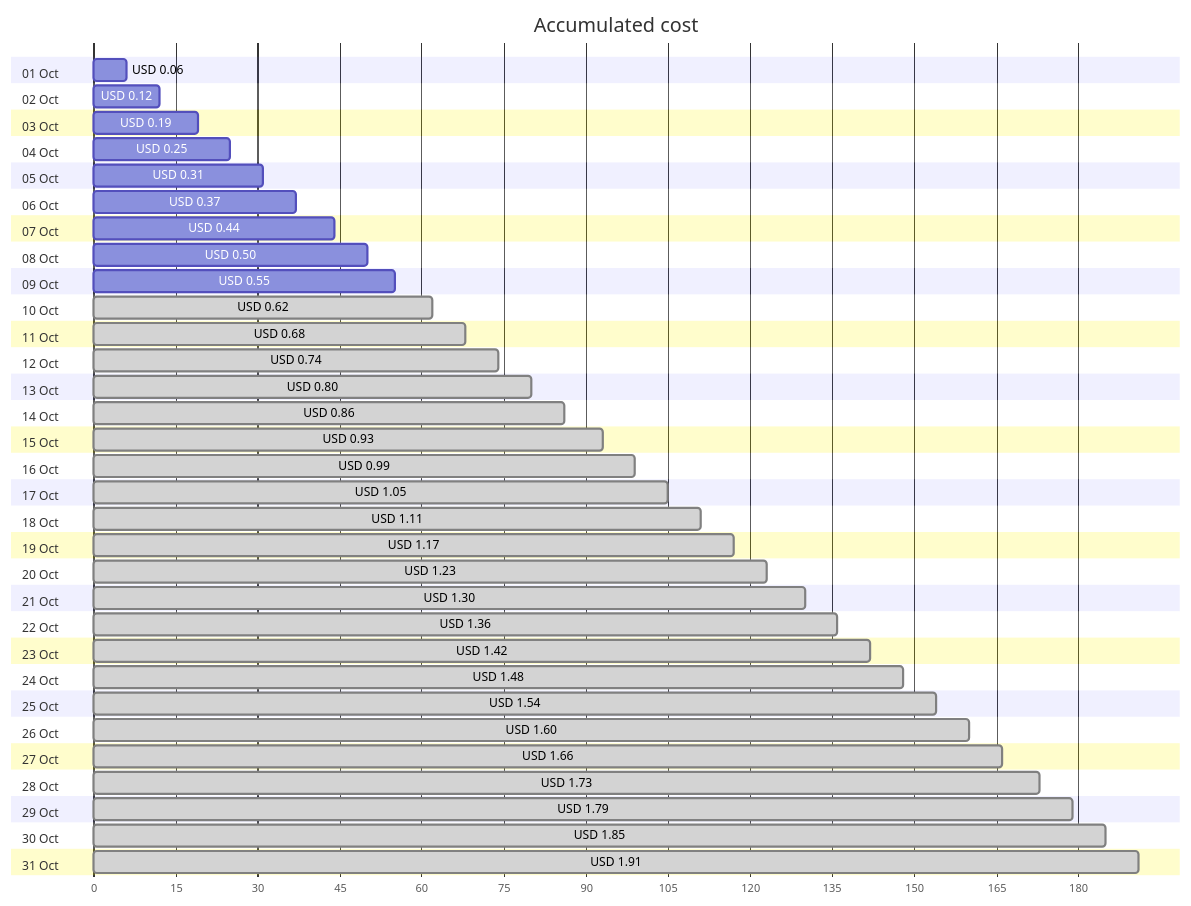
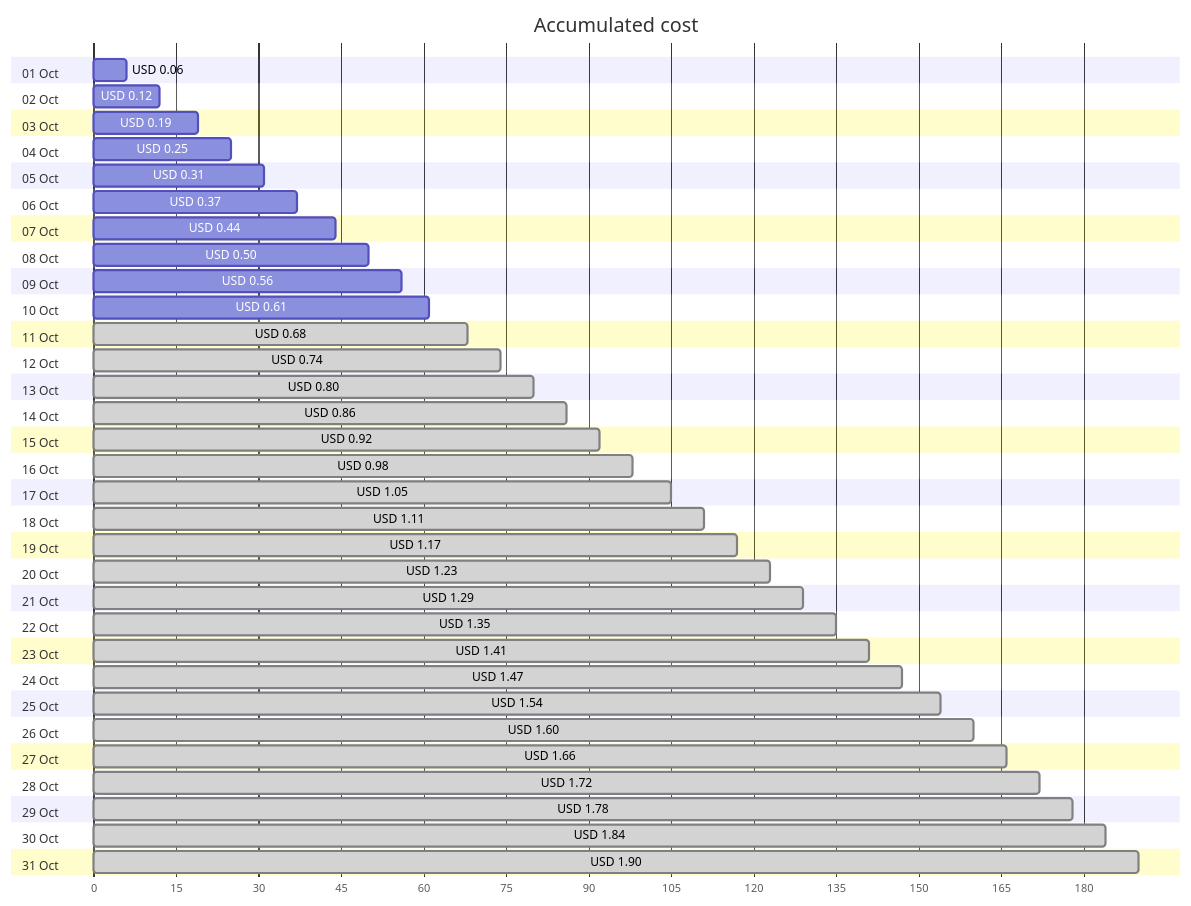
One commit to jpfulton/azure-personal-reports changed the first of 4 diagrams in cost-reports/personal-network/vpn-server_OsDisk.md. Above: the diagram before and after it, drawn with Mermaid. The commit also changed other lines of this file and 8 other files, not shown here.

````diff
--- a/cost-reports/personal-network/vpn-server_OsDisk.md
+++ b/cost-reports/personal-network/vpn-server_OsDisk.md
@@ -20,68 +20,68 @@
 ```mermaid
 gantt
    title Accumulated cost
    dateFormat  X
    axisFormat %s
    section 01 Oct
    USD 0.06 :0, 6
    section 02 Oct
    USD 0.12 :0, 12
    section 03 Oct
    USD 0.19 :0, 19
    section 04 Oct
    USD 0.25 :0, 25
    section 05 Oct
    USD 0.31 :0, 31
    section 06 Oct
    USD 0.37 :0, 37
    section 07 Oct
    USD 0.44 :0, 44
    section 08 Oct
    USD 0.50 :0, 50
    section 09 Oct
-   USD 0.55 :0, 55
+   USD 0.56 :0, 56
    section 10 Oct
-   USD 0.62 : done, 0, 62
+   USD 0.61 :0, 61
    section 11 Oct
    USD 0.68 : done, 0, 68
    section 12 Oct
    USD 0.74 : done, 0, 74
    section 13 Oct
    USD 0.80 : done, 0, 80
    section 14 Oct
    USD 0.86 : done, 0, 86
    section 15 Oct
-   USD 0.93 : done, 0, 93
+   USD 0.92 : done, 0, 92
    section 16 Oct
-   USD 0.99 : done, 0, 99
+   USD 0.98 : done, 0, 98
    section 17 Oct
    USD 1.05 : done, 0, 105
    section 18 Oct
    USD 1.11 : done, 0, 111
    section 19 Oct
    USD 1.17 : done, 0, 117
    section 20 Oct
    USD 1.23 : done, 0, 123
    section 21 Oct
-   USD 1.30 : done, 0, 130
+   USD 1.29 : done, 0, 129
    section 22 Oct
-   USD 1.36 : done, 0, 136
+   USD 1.35 : done, 0, 135
    section 23 Oct
-   USD 1.42 : done, 0, 142
+   USD 1.41 : done, 0, 141
    section 24 Oct
-   USD 1.48 : done, 0, 148
+   USD 1.47 : done, 0, 147
    section 25 Oct
    USD 1.54 : done, 0, 154
    section 26 Oct
    USD 1.60 : done, 0, 160
    section 27 Oct
    USD 1.66 : done, 0, 166
    section 28 Oct
-   USD 1.73 : done, 0, 173
+   USD 1.72 : done, 0, 172
    section 29 Oct
-   USD 1.79 : done, 0, 179
+   USD 1.78 : done, 0, 178
    section 30 Oct
-   USD 1.85 : done, 0, 185
+   USD 1.84 : done, 0, 184
    section 31 Oct
-   USD 1.91 : done, 0, 191
+   USD 1.90 : done, 0, 190
 ```
````
